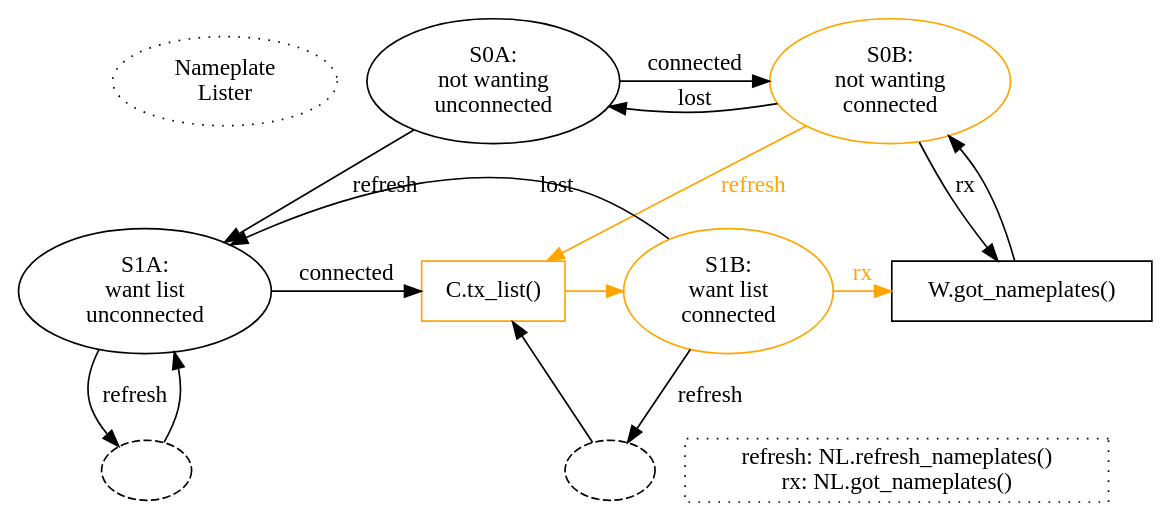
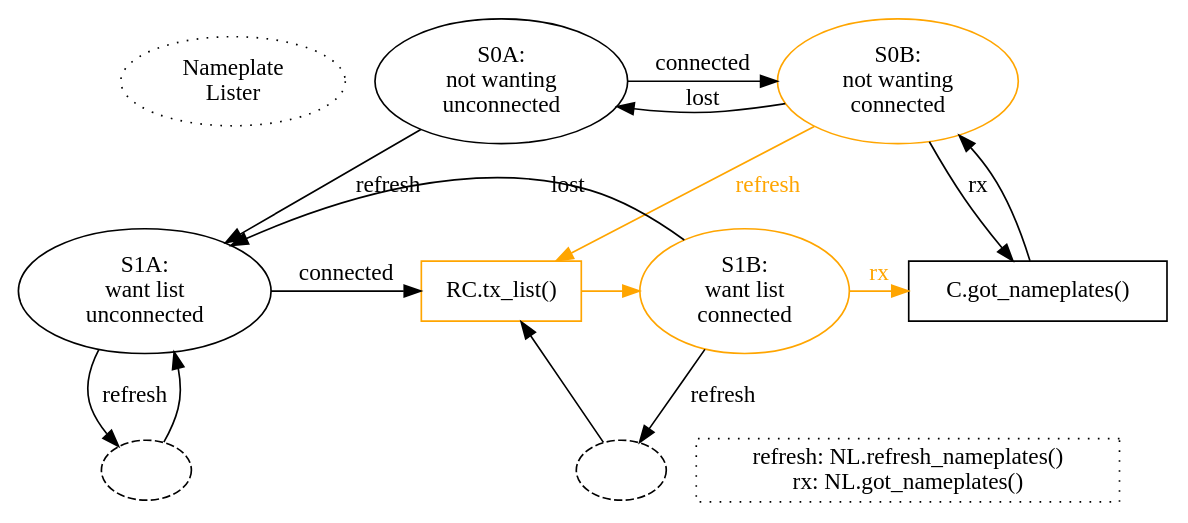
One commit to magic-wormhole/magic-wormhole changed the diagram in docs/nameplates.dot. Above: the diagram before and after it, drawn with Graphviz. The commit also changed 3 other files, not shown here.

```diff
--- a/docs/nameplates.dot
+++ b/docs/nameplates.dot
@@ -1,42 +1,42 @@
 digraph {
         {rank=same; title S0A S0B}
         title [label="Nameplate\nLister" style="dotted"]
 
         S0A [label="S0A:\nnot wanting\nunconnected"]
         S0B [label="S0B:\nnot wanting\nconnected" color="orange"]
 
         S0A -> S0B [label="connected"]
         S0B -> S0A [label="lost"]
 
         S0A -> S1A [label="refresh"]
         S0B -> P_tx [label="refresh" color="orange" fontcolor="orange"]
 
         S0A -> P_tx [style="invis"]
 
         {rank=same; S1A P_tx S1B P_notify}
 
         S1A [label="S1A:\nwant list\nunconnected"]
         S1B [label="S1B:\nwant list\nconnected" color="orange"]
 
         S1A -> P_tx [label="connected"]
-        P_tx [shape="box" label="C.tx_list()" color="orange"]
+        P_tx [shape="box" label="RC.tx_list()" color="orange"]
         P_tx -> S1B [color="orange"]
         S1B -> S1A [label="lost"]
 
         S1A -> foo [label="refresh"]
         foo [label="" style="dashed"]
         foo -> S1A
 
         S1B -> foo2 [label="refresh"]
         foo2 [label="" style="dashed"]
         foo2 -> P_tx
 
         S0B -> P_notify [label="rx"]
         S1B -> P_notify [label="rx" color="orange" fontcolor="orange"]
-        P_notify [shape="box" label="W.got_nameplates()"]
+        P_notify [shape="box" label="C.got_nameplates()"]
         P_notify -> S0B
 
         {rank=same; foo foo2 legend}
         legend [shape="box" style="dotted"
                 label="refresh: NL.refresh_nameplates()\nrx: NL.got_nameplates()"]
 }
```
